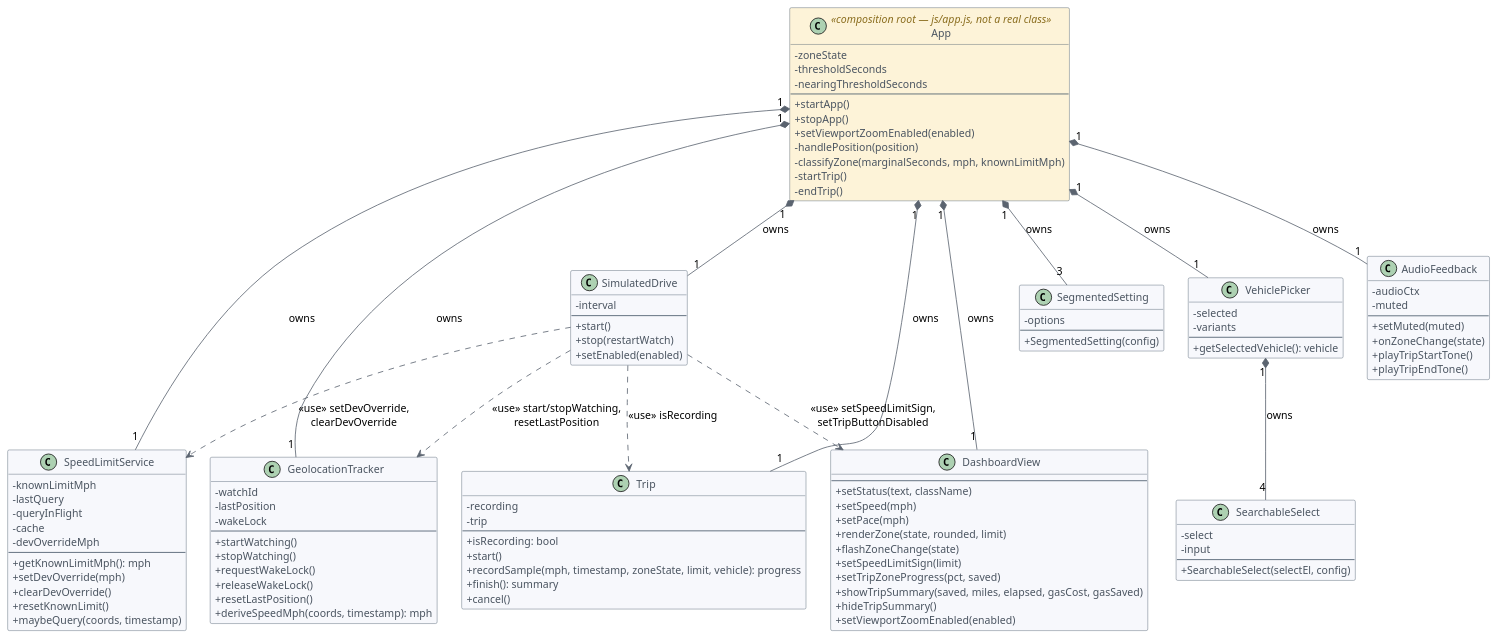
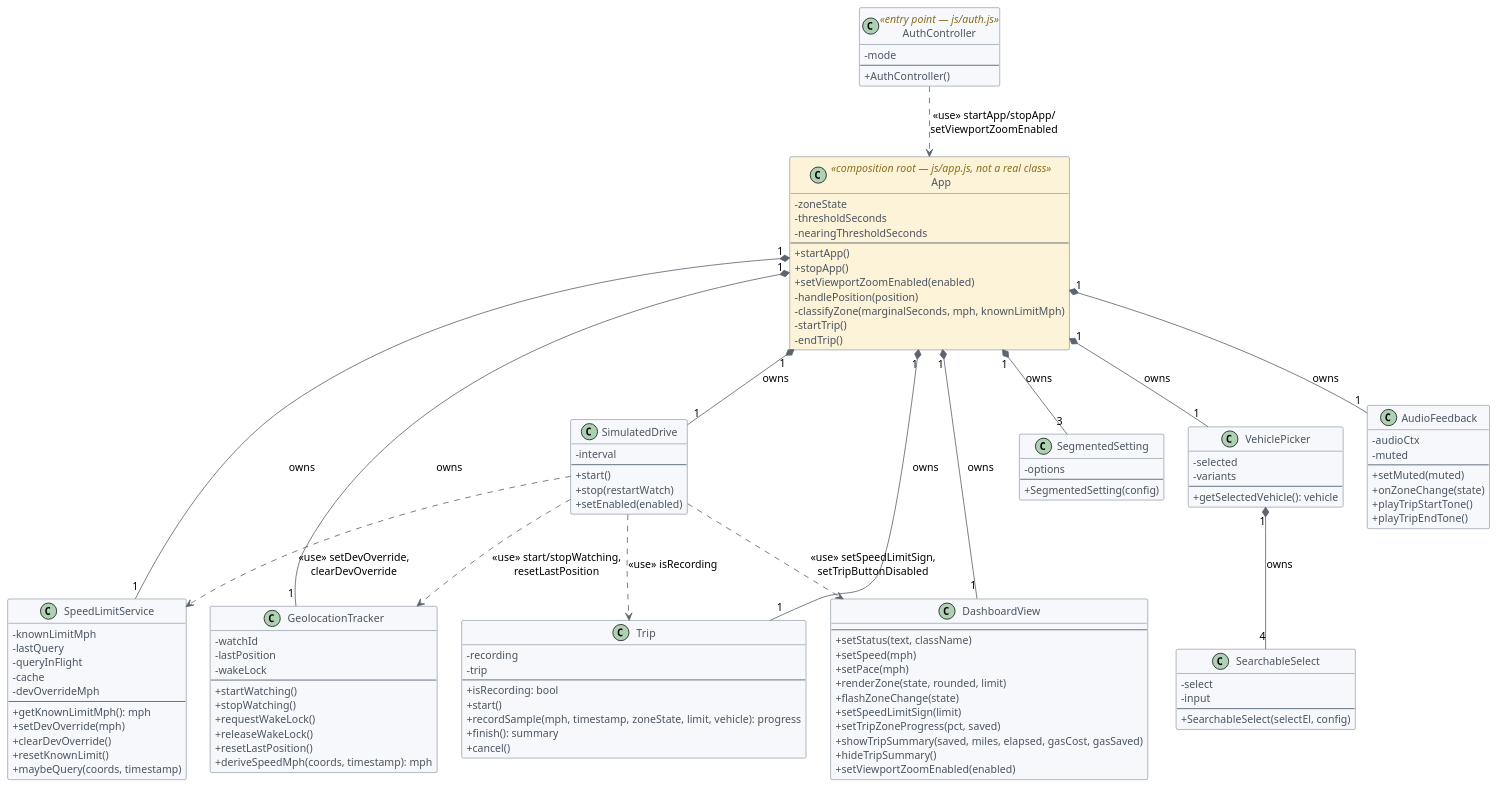
Before and after one commit to ysfrknzydn/paceometer-app: the diagram in docs/diagrams/class-diagram.puml, drawn with PlantUML. The commit also changed 8 other files, not shown here.

```diff
--- a/docs/diagrams/class-diagram.puml
+++ b/docs/diagrams/class-diagram.puml
@@ -1,138 +1,146 @@
 @startuml
 skinparam shadowing false
 skinparam roundCorner 4
 skinparam defaultFontName Helvetica
 skinparam defaultFontSize 13
 skinparam classAttributeIconSize 0
 skinparam nodesep 30
 skinparam ranksep 50
 
 skinparam class {
   BorderColor #445566
   BackgroundColor #F7F8FC
   ArrowColor #5B6470
   FontColor #2A3540
   AttributeFontColor #4A5460
   StereotypeFontColor #8A6D1E
+}
+
+class AuthController <<entry point — js/auth.js>> {
+  - mode
+  --
+  + AuthController()
 }
 
 class App <<composition root — js/app.js, not a real class>> #FDF3D8 {
   - zoneState
   - thresholdSeconds
   - nearingThresholdSeconds
   --
   + startApp()
   + stopApp()
   + setViewportZoomEnabled(enabled)
   - handlePosition(position)
   - classifyZone(marginalSeconds, mph, knownLimitMph)
   - startTrip()
   - endTrip()
 }
 
 class GeolocationTracker {
   - watchId
   - lastPosition
   - wakeLock
   --
   + startWatching()
   + stopWatching()
   + requestWakeLock()
   + releaseWakeLock()
   + resetLastPosition()
   + deriveSpeedMph(coords, timestamp): mph
 }
 
 class SpeedLimitService {
   - knownLimitMph
   - lastQuery
   - queryInFlight
   - cache
   - devOverrideMph
   --
   + getKnownLimitMph(): mph
   + setDevOverride(mph)
   + clearDevOverride()
   + resetKnownLimit()
   + maybeQuery(coords, timestamp)
 }
 
 class Trip {
   - recording
   - trip
   --
   + isRecording: bool
   + start()
   + recordSample(mph, timestamp, zoneState, limit, vehicle): progress
   + finish(): summary
   + cancel()
 }
 
 class DashboardView {
   --
   + setStatus(text, className)
   + setSpeed(mph)
   + setPace(mph)
   + renderZone(state, rounded, limit)
   + flashZoneChange(state)
   + setSpeedLimitSign(limit)
   + setTripZoneProgress(pct, saved)
   + showTripSummary(saved, miles, elapsed, gasCost, gasSaved)
   + hideTripSummary()
   + setViewportZoomEnabled(enabled)
 }
 
 class SegmentedSetting {
   - options
   --
   + SegmentedSetting(config)
 }
 
 class VehiclePicker {
   - selected
   - variants
   --
   + getSelectedVehicle(): vehicle
 }
 
 class SearchableSelect {
   - select
   - input
   --
   + SearchableSelect(selectEl, config)
 }
 
 class AudioFeedback {
   - audioCtx
   - muted
   --
   + setMuted(muted)
   + onZoneChange(state)
   + playTripStartTone()
   + playTripEndTone()
 }
 
 class SimulatedDrive {
   - interval
   --
   + start()
   + stop(restartWatch)
   + setEnabled(enabled)
 }
 
+AuthController ..> App : «use» startApp/stopApp/\nsetViewportZoomEnabled
+
 App "1" *-down- "1" GeolocationTracker : owns
 App "1" *-down- "1" SpeedLimitService : owns
 App "1" *-down- "1" Trip : owns
 App "1" *-down- "1" DashboardView : owns
 App "1" *-down- "3" SegmentedSetting : owns
 App "1" *-down- "1" VehiclePicker : owns
 VehiclePicker "1" *-down- "4" SearchableSelect : owns
 App "1" *-down- "1" AudioFeedback : owns
 App "1" *-down- "1" SimulatedDrive : owns
 
 SimulatedDrive ..> GeolocationTracker : «use» start/stopWatching,\nresetLastPosition
 SimulatedDrive ..> SpeedLimitService : «use» setDevOverride,\nclearDevOverride
 SimulatedDrive ..> DashboardView : «use» setSpeedLimitSign,\nsetTripButtonDisabled
 SimulatedDrive ..> Trip : «use» isRecording
 
 @enduml
```
